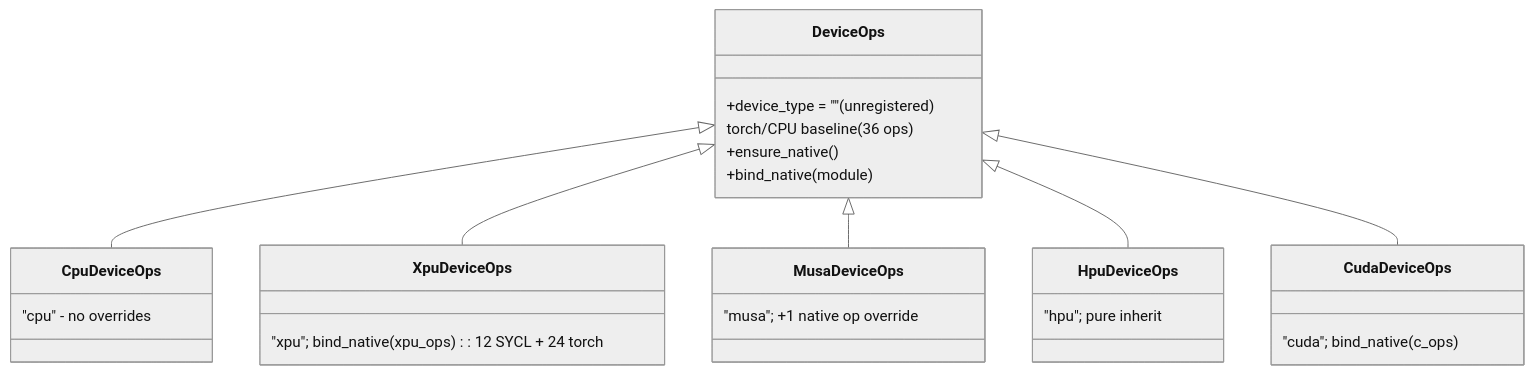
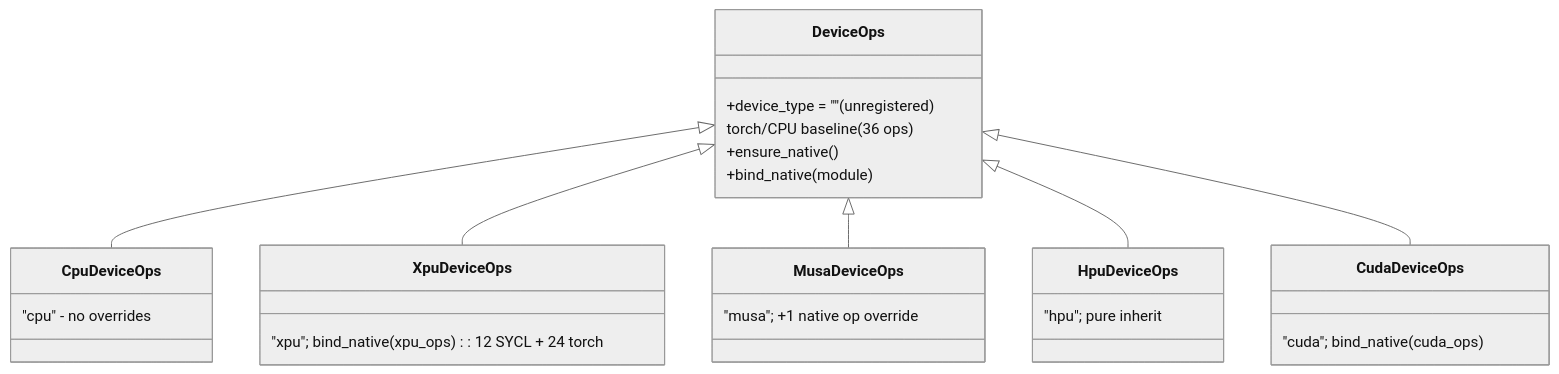
Before and after one commit to LMCache/LMCache: the diagram in docs/design/v1/platform/device_ops_design.md, drawn with Mermaid (neutral theme). The commit also changed other lines of this file and 92 other files, not shown here.

````diff
--- a/docs/design/v1/platform/device_ops_design.md
+++ b/docs/design/v1/platform/device_ops_design.md
@@ -153,19 +153,19 @@
 ```mermaid
 classDiagram
     DeviceOps <|-- CpuDeviceOps
     DeviceOps <|-- XpuDeviceOps
     DeviceOps <|-- MusaDeviceOps
     DeviceOps <|-- HpuDeviceOps
     DeviceOps <|-- CudaDeviceOps
     class DeviceOps {
       +device_type = "" (unregistered)
       torch/CPU baseline (36 ops)
       +ensure_native()
       +bind_native(module)
     }
     class CpuDeviceOps { "cpu" - no overrides }
-    class CudaDeviceOps { "cuda"; bind_native(c_ops) }
+    class CudaDeviceOps { "cuda"; bind_native(cuda_ops) }
     class XpuDeviceOps { "xpu"; bind_native(xpu_ops): 12 SYCL + 24 torch }
     class MusaDeviceOps { "musa"; +1 native op override }
     class HpuDeviceOps { "hpu"; pure inherit }
 ```
````
